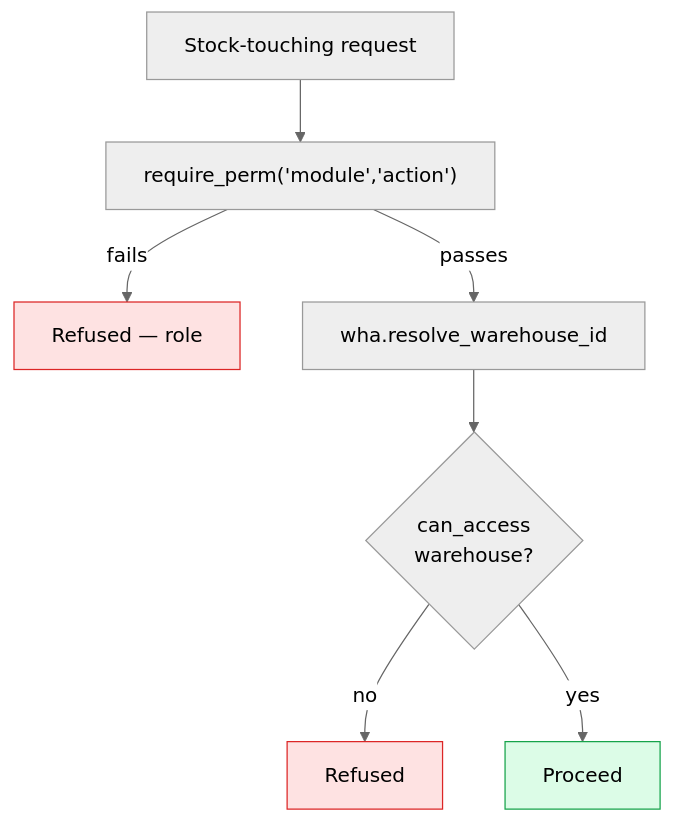
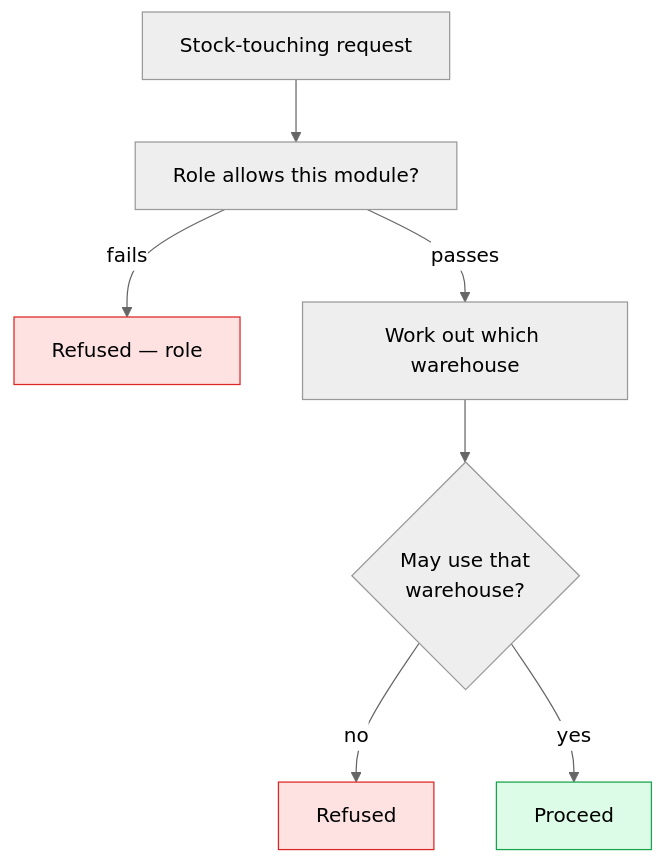
Before and after one commit to quilit-dev/quilit-erp: the second of 2 diagrams in docs/manual/docs/foundation/warehouse-access.md, drawn with Mermaid (neutral theme). The commit also changed other lines of this file and 58 other files, not shown here.

````diff
--- a/docs/manual/docs/foundation/warehouse-access.md
+++ b/docs/manual/docs/foundation/warehouse-access.md
@@ -128,13 +128,13 @@
 ```mermaid
 flowchart TD
-    REQ[Stock-touching request] --> MOD["require_perm('module','action')"]
+    REQ[Stock-touching request] --> MOD[Role allows this module?]
     MOD -->|fails| F1[Refused — role]
-    MOD -->|passes| WH[wha.resolve_warehouse_id]
-    WH --> CHK{can_access<br/>warehouse?}
+    MOD -->|passes| WH[Work out which warehouse]
+    WH --> CHK{May use that<br/>warehouse?}
     CHK -->|no| F2[Refused]
     CHK -->|yes| OK[Proceed]
 
     style F1 fill:#fee2e2,stroke:#dc2626
     style F2 fill:#fee2e2,stroke:#dc2626
     style OK fill:#dcfce7,stroke:#16a34a
 ```
````
